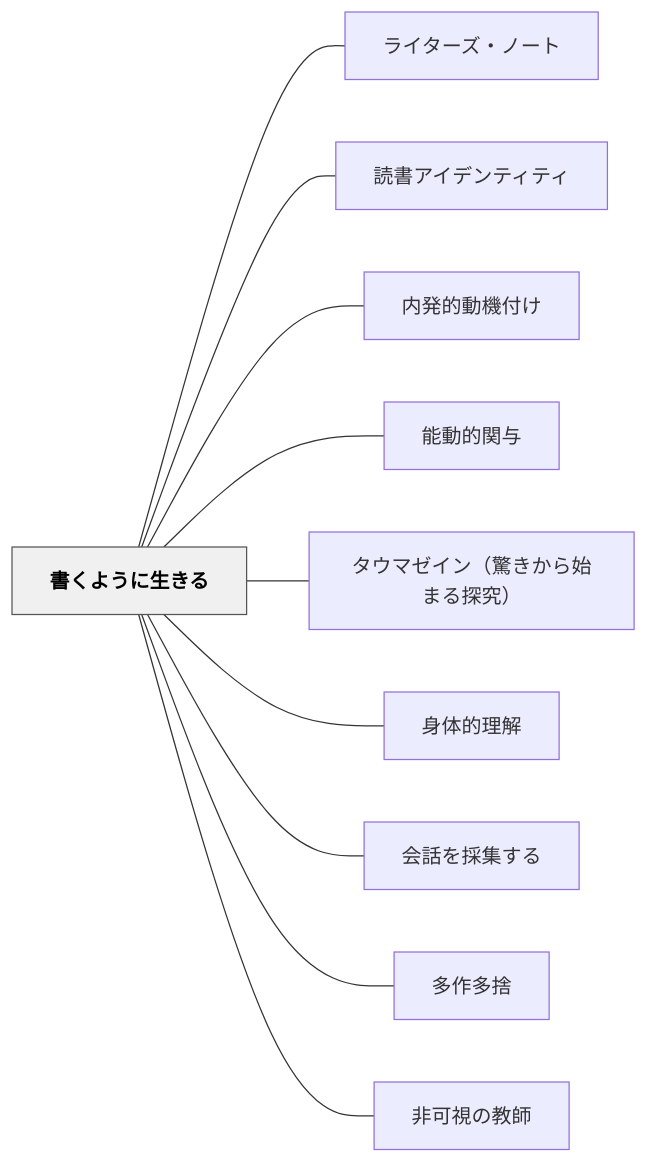
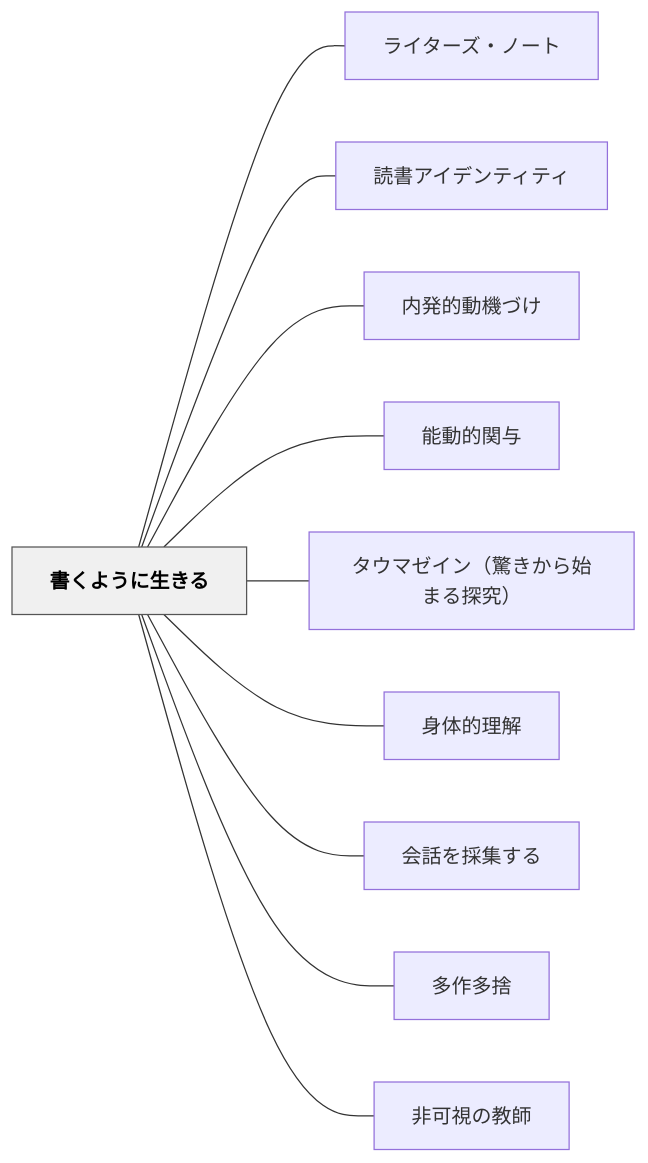
Before and after one commit to unknownthings-ed-patterns/unknownthings-ed-patterns: the diagram in content/パタン/書くように生きる.md, drawn with Mermaid. The commit also changed other lines of this file and 234 other files, not shown here.

````diff
--- a/content/パタン/書くように生きる.md
+++ b/content/パタン/書くように生きる.md
@@ -207,26 +207,26 @@
 ```mermaid
 flowchart LR
     ne69bb8e3818fe38288e38186e381abe7949fe3818de3828b["書くように生きる"]
     ne383a9e382a4e382bfe383bce382bae383bbe3838ee383bce38388["ライターズ・ノート"]
     ne8aaade69bb8e382a2e382a4e38387e383b3e38386e382a3e38386e382a3["読書アイデンティティ"]
-    ne58685e799bae79a84e58b95e6a99fe4bb98e38191["内発的動機付け"]
+    ne58685e799bae79a84e58b95e6a99fe381a5e38191["内発的動機づけ"]
     ne883bde58b95e79a84e996a2e4b88e["能動的関与"]
     ne382bfe382a6e3839ee382bce382a4e383b3efbc88e9a99ae3818de3818be38289e5a78be381bee3828be68ea2e7a9b6efbc89["タウマゼイン（驚きから始まる探究）"]
     ne8baabe4bd93e79a84e79086e8a7a3["身体的理解"]
     ne4bc9ae8a9b1e38292e68ea1e99b86e38199e3828b["会話を採集する"]
     ne5a49ae4bd9ce5a49ae68da8["多作多捨"]
     ne99d9ee58fafe8a696e381aee69599e5b8ab["非可視の教師"]
 
     ne69bb8e3818fe38288e38186e381abe7949fe3818de3828b --- ne383a9e382a4e382bfe383bce382bae383bbe3838ee383bce38388
     ne69bb8e3818fe38288e38186e381abe7949fe3818de3828b --- ne8aaade69bb8e382a2e382a4e38387e383b3e38386e382a3e38386e382a3
-    ne69bb8e3818fe38288e38186e381abe7949fe3818de3828b --- ne58685e799bae79a84e58b95e6a99fe4bb98e38191
+    ne69bb8e3818fe38288e38186e381abe7949fe3818de3828b --- ne58685e799bae79a84e58b95e6a99fe381a5e38191
     ne69bb8e3818fe38288e38186e381abe7949fe3818de3828b --- ne883bde58b95e79a84e996a2e4b88e
     ne69bb8e3818fe38288e38186e381abe7949fe3818de3828b --- ne382bfe382a6e3839ee382bce382a4e383b3efbc88e9a99ae3818de3818be38289e5a78be381bee3828be68ea2e7a9b6efbc89
     ne69bb8e3818fe38288e38186e381abe7949fe3818de3828b --- ne8baabe4bd93e79a84e79086e8a7a3
     ne69bb8e3818fe38288e38186e381abe7949fe3818de3828b --- ne4bc9ae8a9b1e38292e68ea1e99b86e38199e3828b
     ne69bb8e3818fe38288e38186e381abe7949fe3818de3828b --- ne5a49ae4bd9ce5a49ae68da8
     ne69bb8e3818fe38288e38186e381abe7949fe3818de3828b --- ne99d9ee58fafe8a696e381aee69599e5b8ab
 
     classDef hub fill:#f0f0f0,stroke:#555,color:#000,font-weight:bold
     class ne69bb8e3818fe38288e38186e381abe7949fe3818de3828b hub
 ```
````
